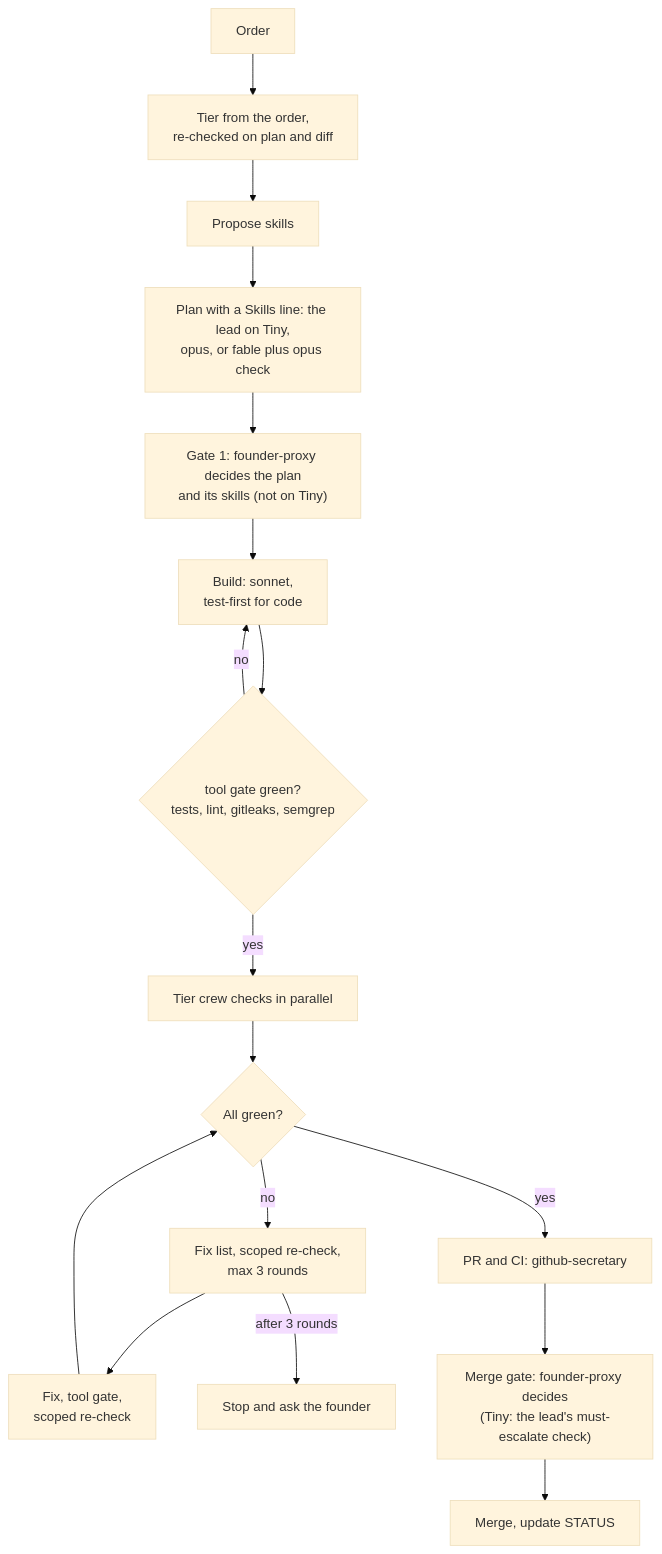
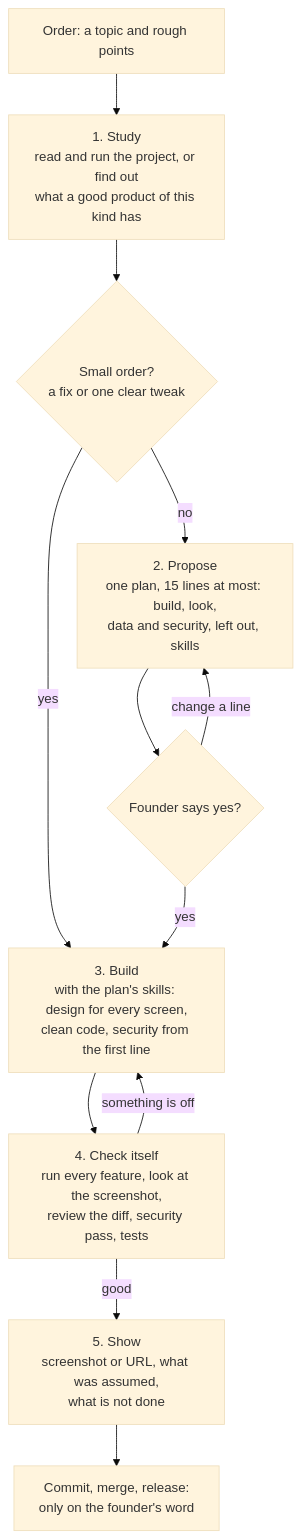
Before and after one commit to LeongJinZhou/ai-company: the second of 3 diagrams in README.md, drawn with Mermaid (base theme). The commit also changed other lines of this file and 17 other files, not shown here.

First line of the commit message:
feat: assistant workflow - study, one plan, build, self-check, show (#22)

````diff
--- a/README.md
+++ b/README.md
@@ -29,19 +22,14 @@
 ```mermaid
 flowchart TD
-    A["Order"] --> T["Tier from the order,<br>re-checked on plan and diff"]
-    T --> B["Propose skills"]
-    B --> C["Plan with a Skills line: the lead on Tiny,<br>opus, or fable plus opus check"]
-    C --> D["Gate 1: founder-proxy decides the plan<br>and its skills (not on Tiny)"]
-    D --> E["Build: sonnet,<br>test-first for code"]
-    E --> G0{"tool gate green?<br>tests, lint, gitleaks, semgrep"}
-    G0 -- no --> E
-    G0 -- yes --> F["Tier crew checks in parallel"]
-    F --> H{"All green?"}
-    H -- no --> I["Fix list, scoped re-check,<br>max 3 rounds"]
-    I --> E2["Fix, tool gate,<br>scoped re-check"]
-    E2 --> H
-    I -- "after 3 rounds" --> Z["Stop and ask the founder"]
-    H -- yes --> J["PR and CI: github-secretary"]
-    J --> K["Merge gate: founder-proxy decides<br>(Tiny: the lead's must-escalate check)"]
-    K --> L["Merge, update STATUS"]
+    A["Order: a topic and rough points"] --> B["1. Study<br>read and run the project, or find out<br>what a good product of this kind has"]
+    B --> S{"Small order?<br>a fix or one clear tweak"}
+    S -- yes --> D
+    S -- no --> C["2. Propose<br>one plan, 15 lines at most: build, look,<br>data and security, left out, skills"]
+    C --> Y{"Founder says yes?"}
+    Y -- "change a line" --> C
+    Y -- yes --> D["3. Build<br>with the plan's skills: design for every screen,<br>clean code, security from the first line"]
+    D --> E["4. Check itself<br>run every feature, look at the screenshot,<br>review the diff, security pass, tests"]
+    E -- "something is off" --> D
+    E -- good --> G["5. Show<br>screenshot or URL, what was assumed,<br>what is not done"]
+    G --> H["Commit, merge, release:<br>only on the founder's word"]
 ```
````
